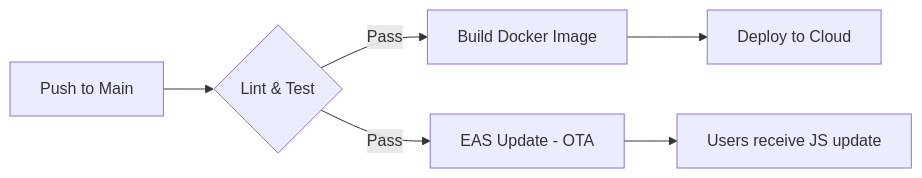
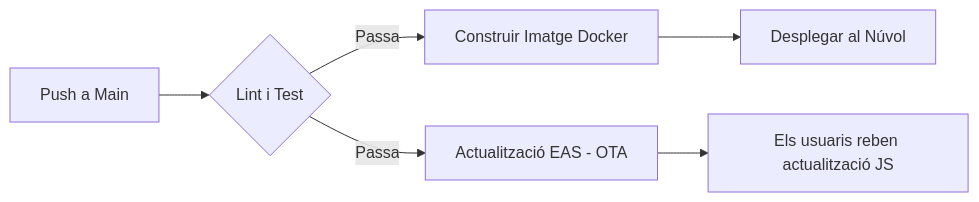
The diagram in docs/DEPLOYMENT.md (cdc-grup/app_25_26_tr3g3_cdc), drawn with Mermaid before and after one commit. The commit also changed other lines of this file and 2 other files, not shown here.

````diff
--- a/docs/DEPLOYMENT.md
+++ b/docs/DEPLOYMENT.md
@@ -111,9 +106,8 @@
 ```mermaid
 graph LR
-    A[Push to Main] --> B{Lint & Test}
-    B -- Pass --> C[Build Docker Image]
-    C --> D[Deploy to Cloud]
-    B -- Pass --> E[EAS Update - OTA]
-    E --> F[Users receive JS update]
-
+    A[Push a Main] --> B{Lint i Test}
+    B -- Passa --> C[Construir Imatge Docker]
+    C --> D[Desplegar al Núvol]
+    B -- Passa --> E[Actualització EAS - OTA]
+    E --> F[Els usuaris reben actualització JS]
 ```
````
